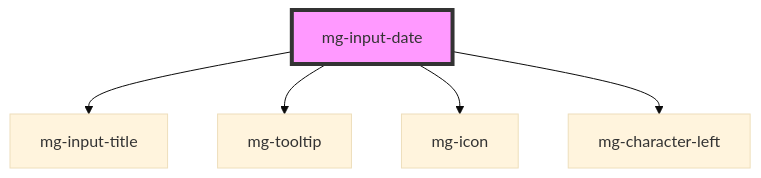
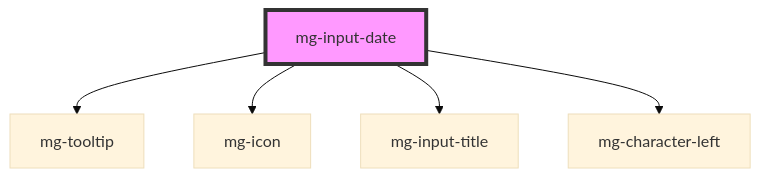
One commit to MGDIS/mg-components changed the diagram in src/components/molecules/inputs/mg-input-date/readme.md. Above: the diagram before and after it, drawn with Mermaid (base theme). The commit also changed other lines of this file and 50 other files, not shown here.

````diff
--- a/src/components/molecules/inputs/mg-input-date/readme.md
+++ b/src/components/molecules/inputs/mg-input-date/readme.md
@@ -42,8 +42,8 @@
 ```mermaid
 graph TD;
-  mg-input-date --> mg-input-title
   mg-input-date --> mg-tooltip
   mg-input-date --> mg-icon
+  mg-input-date --> mg-input-title
   mg-input-date --> mg-character-left
   style mg-input-date fill:#f9f,stroke:#333,stroke-width:4px
 ```
````
